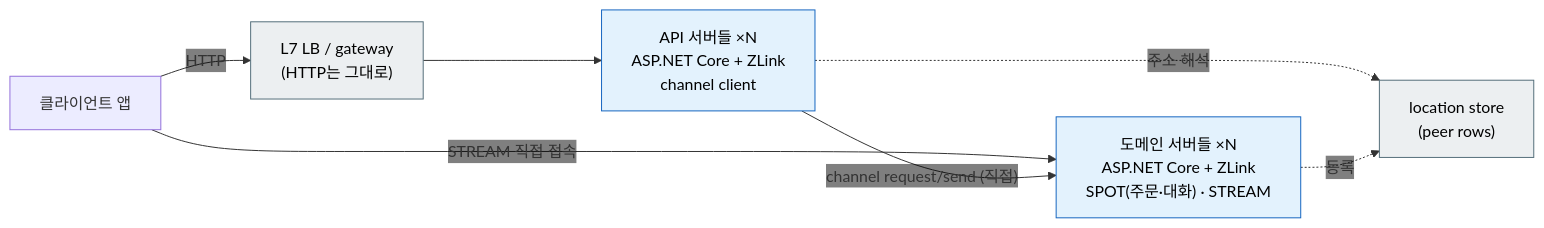
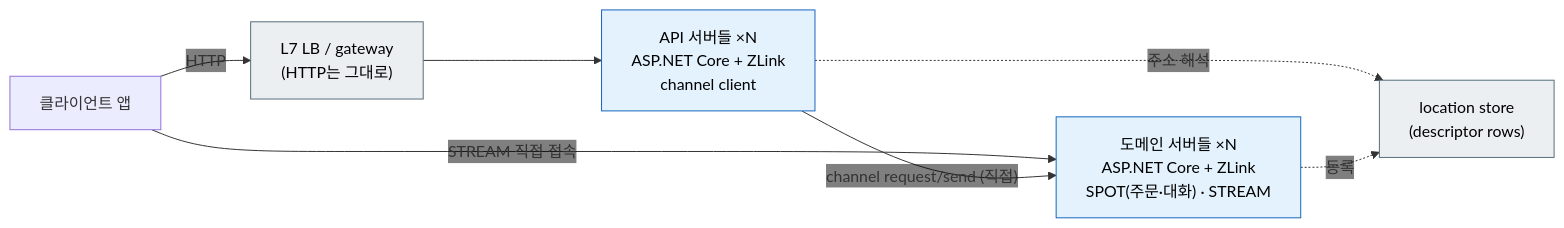
One commit to kairos-code-dev/zlink changed the fourth of 8 diagrams in framework/doc/framework/dotnet/guide/01-overview.ko.md. Above: the diagram before and after it, drawn with Mermaid. The commit also changed other lines of this file and 7 other files, not shown here.

````diff
--- a/framework/doc/framework/dotnet/guide/01-overview.ko.md
+++ b/framework/doc/framework/dotnet/guide/01-overview.ko.md
@@ -280,18 +280,18 @@
 ```mermaid
 %%{init: {'themeVariables': {'edgeLabelBackground':'transparent'}}}%%
 flowchart LR
     Client2["클라이언트 앱"]
     LB2["L7 LB / gateway<br/>(HTTP는 그대로)"]:::infra
     Api2["API 서버들 ×N<br/>ASP.NET Core + ZLink<br/>channel client"]:::app
     Dom2["도메인 서버들 ×N<br/>ASP.NET Core + ZLink<br/>SPOT(주문·대화) · STREAM"]:::app
-    Store["location store<br/>(peer rows)"]:::infra
+    Store["location store<br/>(descriptor rows)"]:::infra
 
     Client2 -- "HTTP" --> LB2 --> Api2
     Client2 -- "STREAM 직접 접속" --> Dom2
     Api2 -- "channel request/send (직접)" --> Dom2
     Api2 -.->|"주소 해석"| Store
     Dom2 -.->|"등록"| Store
 
     classDef app fill:#e3f2fd,stroke:#1565c0,color:#000000
     classDef infra fill:#eceff1,stroke:#546e7a,color:#000000
 ```
````
